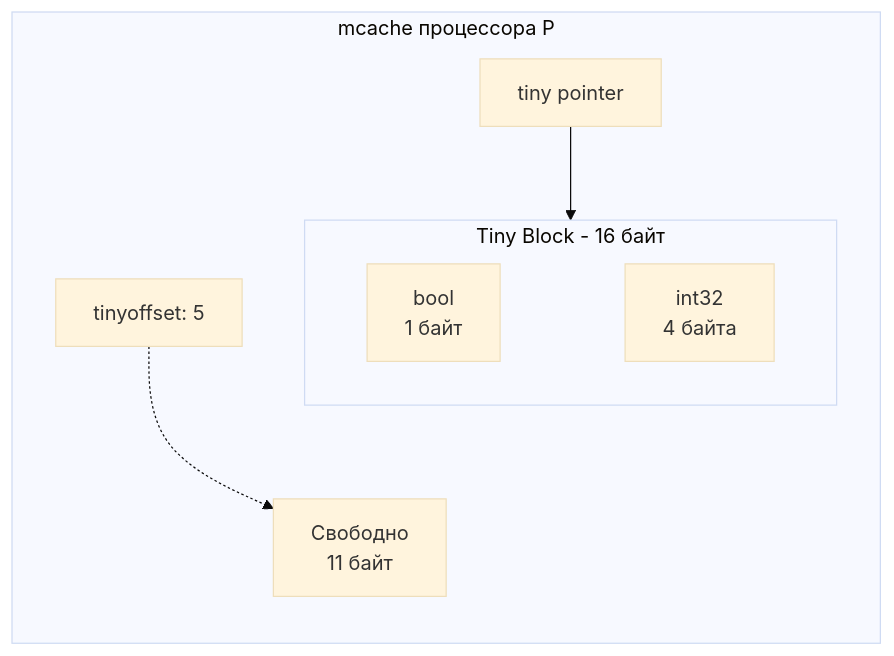
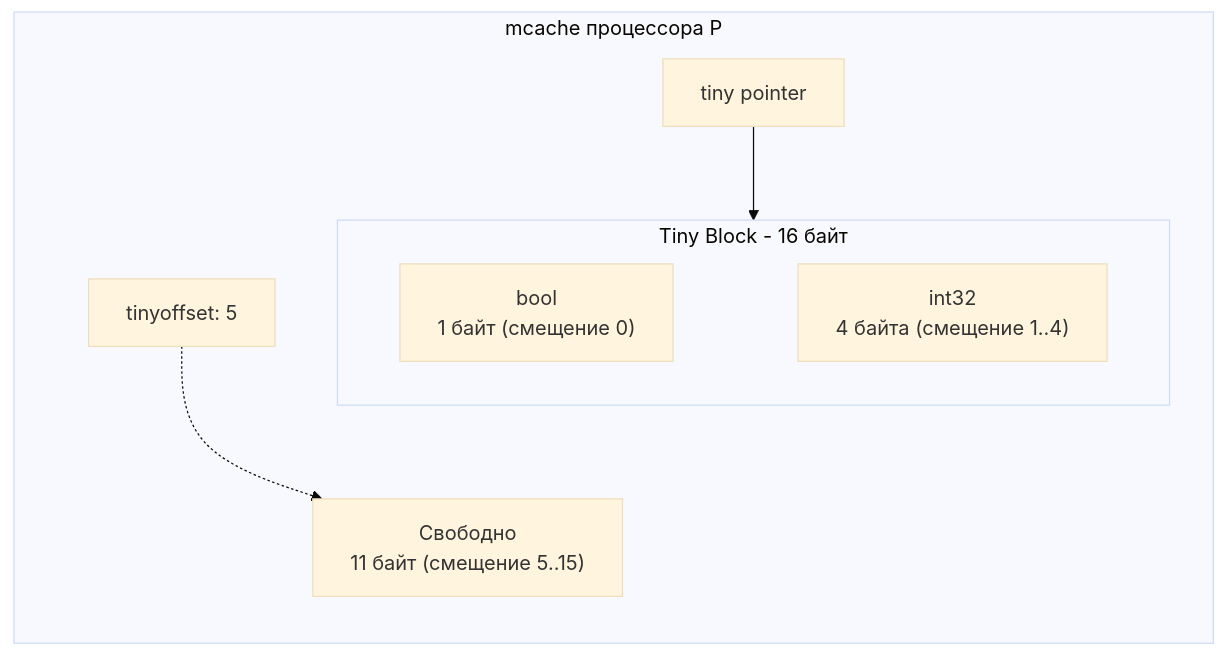
The first of 2 diagrams in sources/7. Глубокий Go (Внутреннее устройство)/22. Tiny Allocator и маленькие объекты.md (UnrealTemplier/go-textbook), drawn with Mermaid (base theme) before and after one commit. The commit also changed other lines of this file, not shown here.

````diff
--- a/sources/7. Глубокий Go (Внутреннее устройство)/22. Tiny Allocator и маленькие объекты.md
+++ b/sources/7. Глубокий Go (Внутреннее устройство)/22. Tiny Allocator и маленькие объекты.md
@@ -34,17 +38,17 @@
 ```mermaid
 flowchart LR
     subgraph MCACHE ["mcache процессора P"]
         direction TB
         TINY["tiny pointer"] --> BLOCK
         OFFSET["tinyoffset: 5"] -.-> SLOT3
     end
     
     subgraph BLOCK ["Tiny Block - 16 байт"]
         direction LR
-        SLOT1["bool<br>1 байт"] 
-        SLOT2["int32<br>4 байта"]
-        SLOT3["Свободно<br>11 байт"]
+        SLOT1["bool<br>1 байт (смещение 0)"] 
+        SLOT2["int32<br>4 байта (смещение 1..4)"]
+        SLOT3["Свободно<br>11 байт (смещение 5..15)"]
         
         SLOT1 ~~~ SLOT2 ~~~ SLOT3
     end
 ```
````
